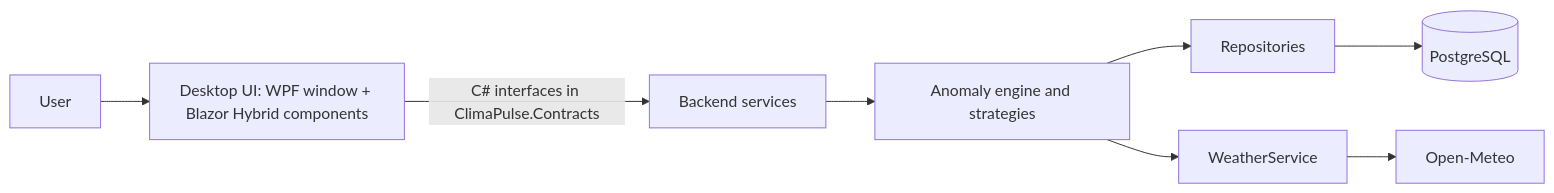
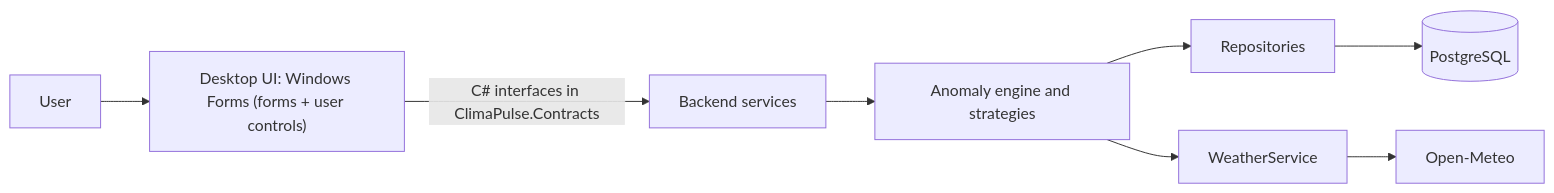
One commit to Nalen518/Junior-Project changed the diagram in docs/SRD.md. Above: the diagram before and after it, drawn with Mermaid. The commit also changed other lines of this file and 7 other files, not shown here.

First line of the commit message:
docs: switch UI from WPF/Blazor Hybrid to Windows Forms

````diff
--- a/docs/SRD.md
+++ b/docs/SRD.md
@@ -66,10 +66,10 @@
 ```mermaid
 flowchart LR
-    U[User] --> F["Desktop UI: WPF window + Blazor Hybrid components"]
+    U[User] --> F["Desktop UI: Windows Forms (forms + user controls)"]
     F -->|C# interfaces in ClimaPulse.Contracts| A[Backend services]
     A --> E[Anomaly engine and strategies]
     E --> R[Repositories]
     R --> D[(PostgreSQL)]
     E --> W[WeatherService]
     W --> O[Open-Meteo]
 ```
````
